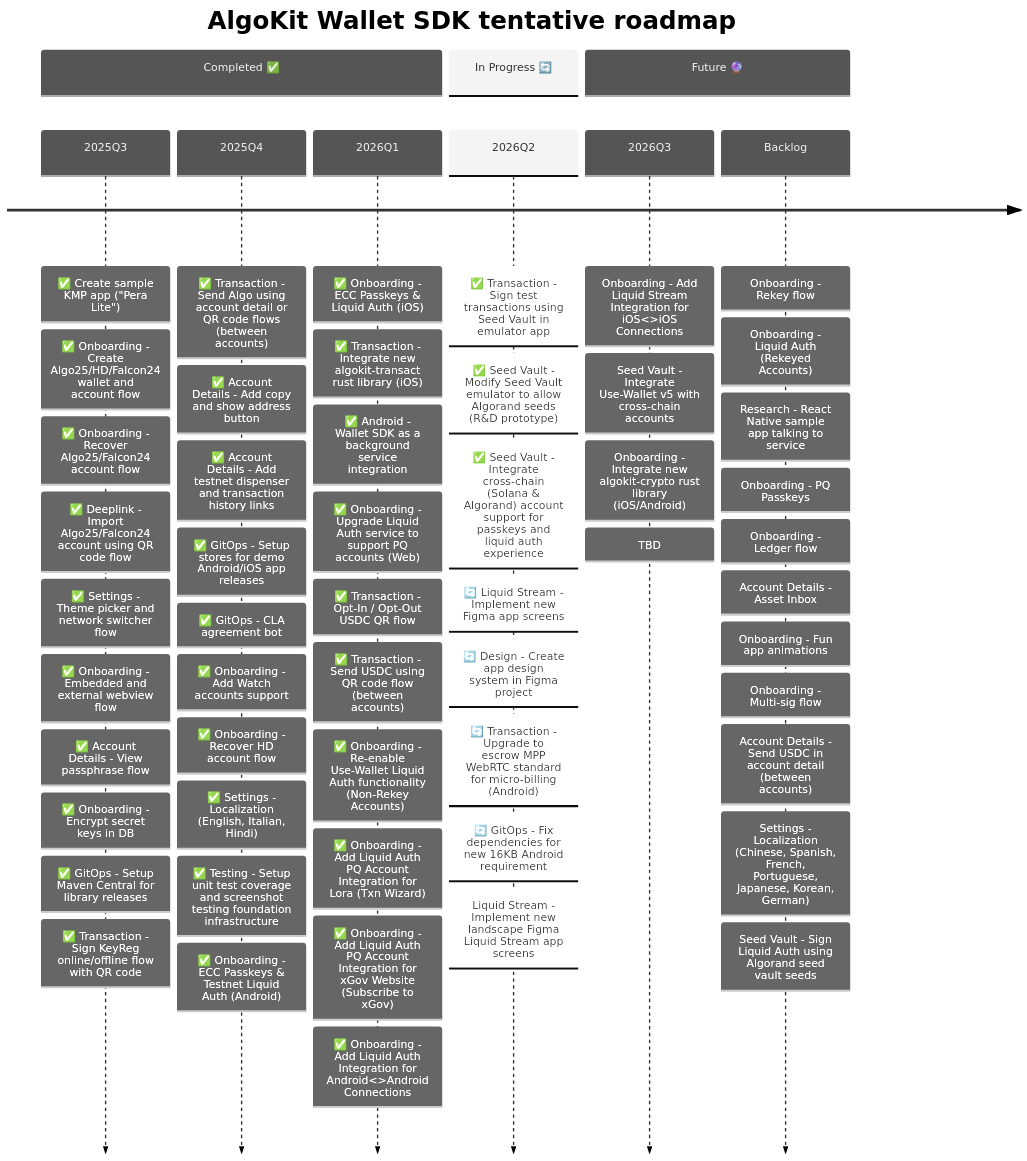
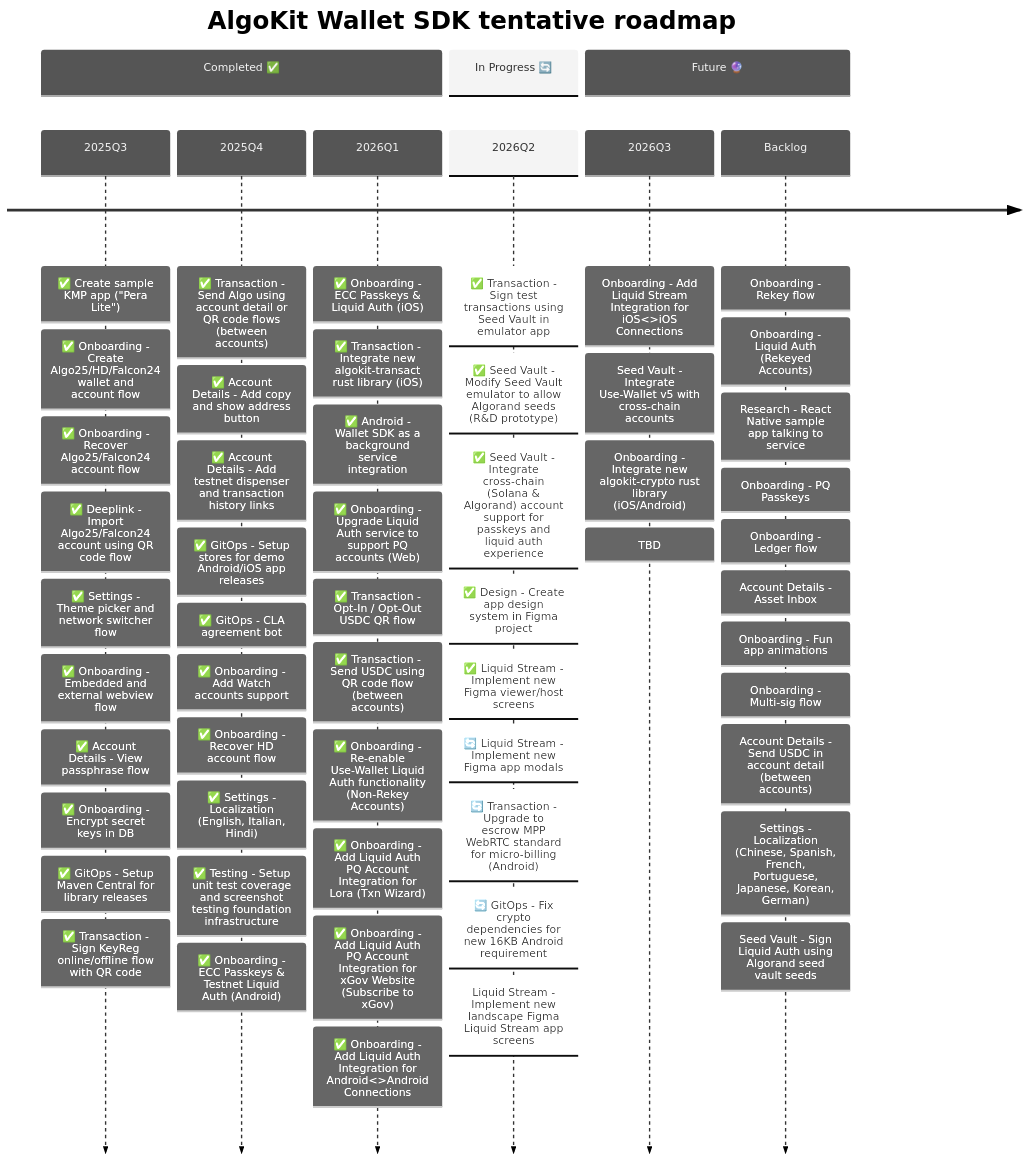
One commit to michaeltchuangllc/algokit-walletsdk-kmp changed the second of 3 diagrams in README.md. Above: the diagram before and after it, drawn with Mermaid. The commit also changed 57 other files, not shown here.

Commit message:
feat: add in new liquid stream viewer UI figma design  (#276)

````diff
--- a/README.md
+++ b/README.md
@@ -69,70 +69,71 @@
 ```mermaid
 ---
 config:
   theme: 'neutral'
 ---
 timeline
     title AlgoKit Wallet SDK tentative roadmap
 
     section Completed ✅
     2025Q3  : ✅ Create sample KMP app ("Pera Lite")
             : ✅ Onboarding - Create Algo25/HD/Falcon24 wallet and account flow
             : ✅ Onboarding - Recover Algo25/Falcon24 account flow
             : ✅ Deeplink - Import Algo25/Falcon24 account using QR code flow
             : ✅ Settings - Theme picker and network switcher flow
             : ✅ Onboarding - Embedded and external webview flow
             : ✅ Account Details - View passphrase flow
             : ✅ Onboarding - Encrypt secret keys in DB
             : ✅ GitOps - Setup Maven Central for library releases
             : ✅ Transaction - Sign KeyReg online/offline flow with QR code
 
     2025Q4  : ✅ Transaction - Send Algo using account detail or QR code flows (between accounts)
             : ✅ Account Details - Add copy and show address button
             : ✅ Account Details - Add testnet dispenser and transaction history links
             : ✅ GitOps - Setup stores for demo Android/iOS app releases
             : ✅ GitOps - CLA agreement bot
             : ✅ Onboarding - Add Watch accounts support
             : ✅ Onboarding - Recover HD account flow
             : ✅ Settings - Localization (English, Italian, Hindi)
             : ✅ Testing - Setup unit test coverage and screenshot testing foundation infrastructure
             : ✅ Onboarding - ECC Passkeys & Testnet Liquid Auth (Android)
 
     2026Q1  : ✅ Onboarding - ECC Passkeys & Liquid Auth (iOS)
             : ✅ Transaction - Integrate new algokit-transact rust library (iOS)
             : ✅ Android - Wallet SDK as a background service integration
             : ✅ Onboarding - Upgrade Liquid Auth service to support PQ accounts (Web)
             : ✅ Transaction - Opt-In / Opt-Out USDC QR flow
             : ✅ Transaction - Send USDC using QR code flow (between accounts)
             : ✅ Onboarding - Re-enable Use-Wallet Liquid Auth functionality (Non-Rekey Accounts)
             : ✅ Onboarding - Add Liquid Auth PQ Account Integration for Lora (Txn Wizard)
             : ✅ Onboarding - Add Liquid Auth PQ Account Integration for xGov Website (Subscribe to xGov)
             : ✅ Onboarding - Add Liquid Auth Integration for Android<>Android Connections
 
     section In Progress 🔄
     2026Q2  : ✅ Transaction - Sign test transactions using Seed Vault in emulator app
             : ✅ Seed Vault - Modify Seed Vault emulator to allow Algorand seeds (R&D prototype)
             : ✅ Seed Vault - Integrate cross-chain (Solana & Algorand) account support for passkeys and liquid auth experience
-            : 🔄 Liquid Stream - Implement new Figma app screens
-            : 🔄 Design - Create app design system in Figma project
+            : ✅ Design - Create app design system in Figma project
+            : ✅ Liquid Stream - Implement new Figma viewer/host screens
+            : 🔄 Liquid Stream - Implement new Figma app modals
             : 🔄 Transaction - Upgrade to escrow MPP WebRTC standard for micro-billing (Android)
-            : 🔄 GitOps - Fix dependencies for new 16KB Android requirement
+            : 🔄 GitOps - Fix crypto dependencies for new 16KB Android requirement
             : Liquid Stream - Implement new landscape Figma Liquid Stream app screens
             
     section Future 🔮
      2026Q3  : Onboarding - Add Liquid Stream Integration for iOS<>iOS Connections
              : Seed Vault - Integrate Use-Wallet v5 with cross-chain accounts
              : Onboarding - Integrate new algokit-crypto rust library (iOS/Android)
              : TBD
     Backlog
             : Onboarding - Rekey flow
             : Onboarding - Liquid Auth (Rekeyed Accounts)
             : Research - React Native sample app talking to service
             : Onboarding - PQ Passkeys
             : Onboarding - Ledger flow
             : Account Details - Asset Inbox
             : Onboarding - Fun app animations
             : Onboarding - Multi-sig flow
             : Account Details - Send USDC in account detail (between accounts)
             : Settings - Localization (Chinese, Spanish, French, Portuguese, Japanese, Korean, German)
             : Seed Vault - Sign Liquid Auth using Algorand seed vault seeds
 ```
````
